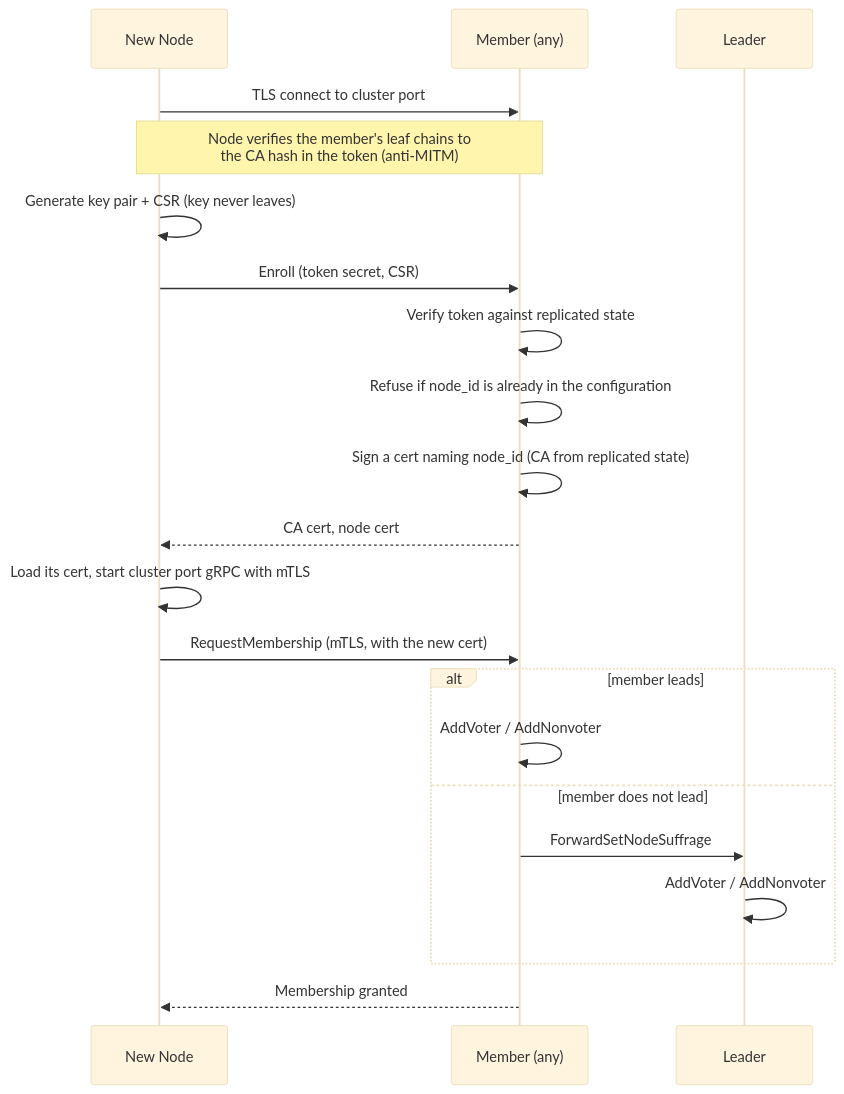
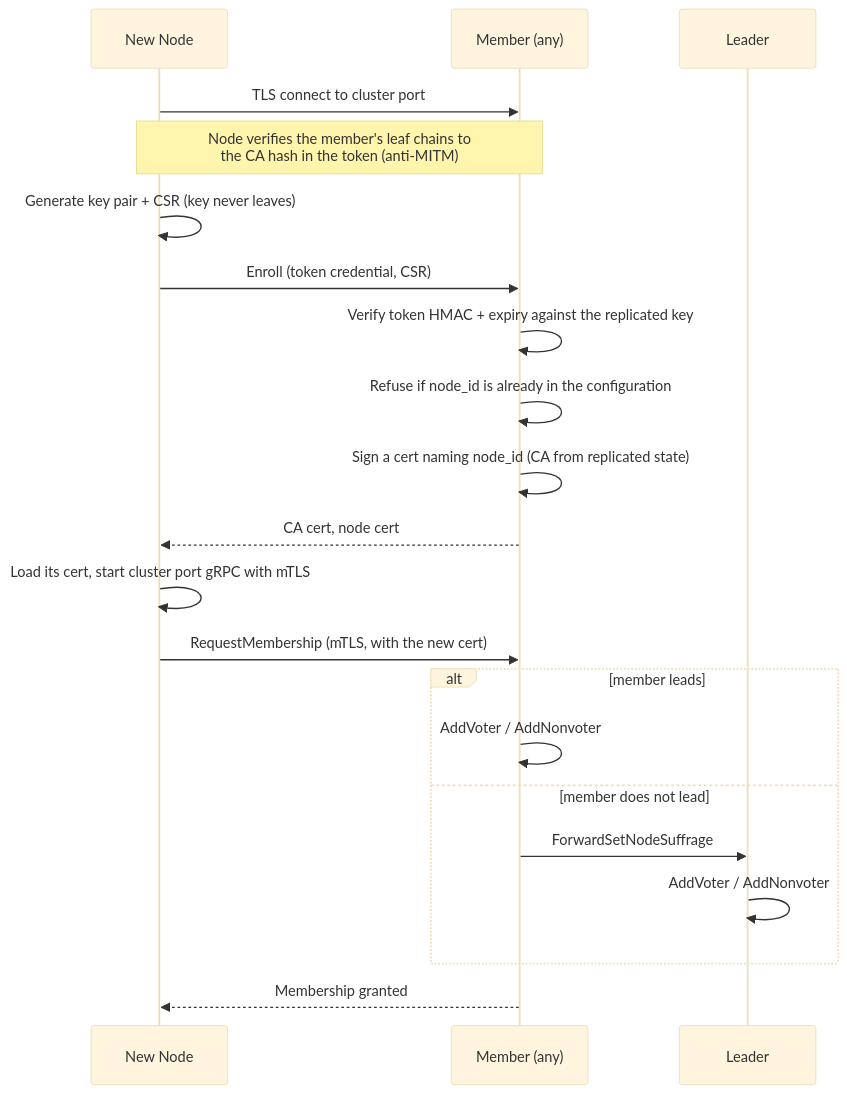
One commit to kluzzebass/gastrolog changed the third of 5 diagrams in docs/cluster_enrollment.md. Above: the diagram before and after it, drawn with Mermaid (base theme). The commit also changed other lines of this file, not shown here.

````diff
--- a/docs/cluster_enrollment.md
+++ b/docs/cluster_enrollment.md
@@ -72,24 +76,24 @@
 ```mermaid
 sequenceDiagram
     participant N as New Node
     participant M as Member (any)
     participant L as Leader
 
     N->>M: TLS connect to cluster port
     Note over N,M: Node verifies the member's leaf chains to<br>the CA hash in the token (anti-MITM)
     N->>N: Generate key pair + CSR (key never leaves)
-    N->>M: Enroll (token secret, CSR)
-    M->>M: Verify token against replicated state
+    N->>M: Enroll (token credential, CSR)
+    M->>M: Verify token HMAC + expiry against the replicated key
     M->>M: Refuse if node_id is already in the configuration
     M->>M: Sign a cert naming node_id (CA from replicated state)
     M-->>N: CA cert, node cert
     N->>N: Load its cert, start cluster port gRPC with mTLS
     N->>M: RequestMembership (mTLS, with the new cert)
     alt member leads
         M->>M: AddVoter / AddNonvoter
     else member does not lead
         M->>L: ForwardSetNodeSuffrage
         L->>L: AddVoter / AddNonvoter
     end
     M-->>N: Membership granted
 ```
````
